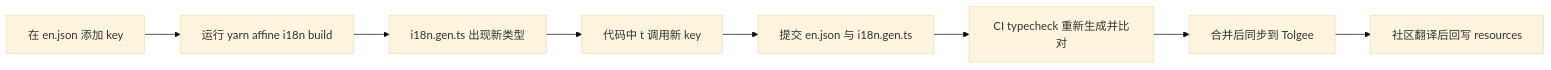
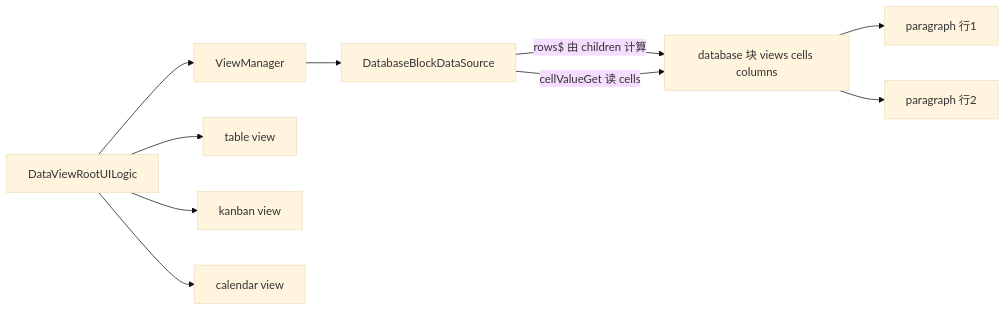
Before and after one commit to lfire/AFFiNE: the second of 4 diagrams in learning-guide/slides/decks/18.md, drawn with Mermaid (base theme). The commit also changed other lines of this file and 73 other files, not shown here.

````diff
--- a/learning-guide/slides/decks/18.md
+++ b/learning-guide/slides/decks/18.md
@@ -429,10 +254,12 @@
 ```mermaid
 flowchart LR
-  A["在 en.json 添加 key"] --> B["运行 yarn affine i18n build"]
-  B --> C["i18n.gen.ts 出现新类型"]
-  C --> D["代码中 t 调用新 key"]
-  D --> E["提交 en.json 与 i18n.gen.ts"]
-  E --> F["CI typecheck 重新生成并比对"]
-  F --> G["合并后同步到 Tolgee"]
-  G --> H["社区翻译后回写 resources"]
+  DB["database 块 views cells columns"] --> R1["paragraph 行1"]
+  DB --> R2["paragraph 行2"]
+  DS["DatabaseBlockDataSource"] -->|"rows$ 由 children 计算"| DB
+  DS -->|"cellValueGet 读 cells"| DB
+  VM["ViewManager"] --> DS
+  UI["DataViewRootUILogic"] --> VM
+  UI --> T["table view"]
+  UI --> K["kanban view"]
+  UI --> C["calendar view"]
 ```
````
